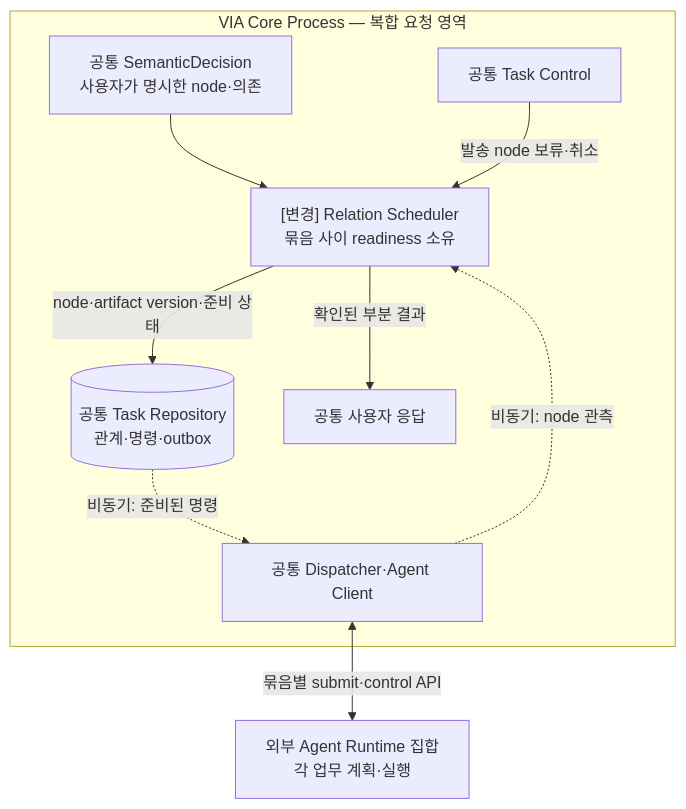
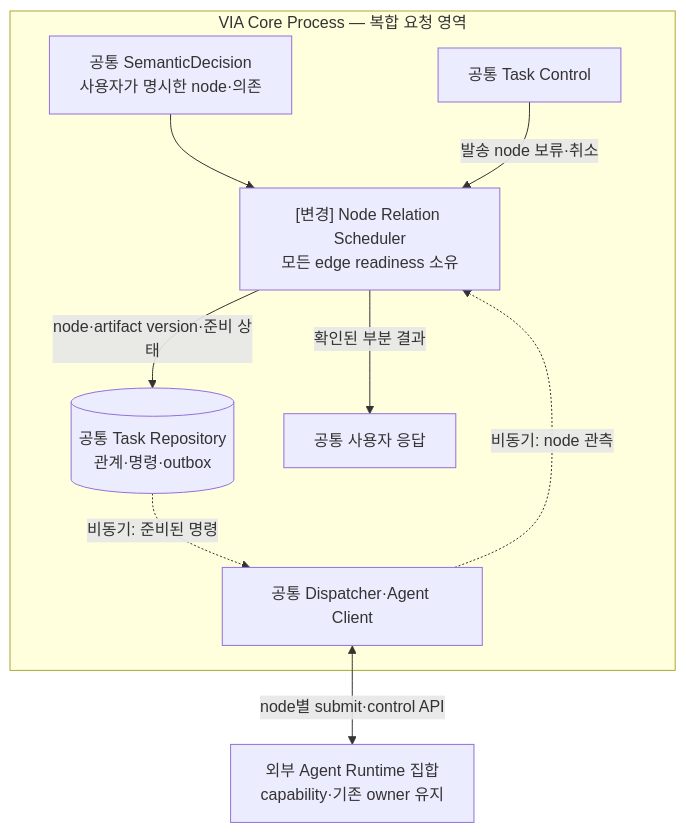
The second of 4 diagrams in docs/architecture/12-decisions/via-dp-07-compound-orchestration.md (cbyche/via-sw-architecture), drawn with Mermaid before and after one commit. The commit also changed other lines of this file and 16 other files, not shown here.

````diff
--- a/docs/architecture/12-decisions/via-dp-07-compound-orchestration.md
+++ b/docs/architecture/12-decisions/via-dp-07-compound-orchestration.md
@@ -53,12 +55,12 @@
 ```mermaid
 flowchart TB
  subgraph V["VIA Core Process — 복합 요청 영역"]
- R["공통 SemanticDecision<br/>사용자가 명시한 node·의존"] --> G["[변경] Relation Scheduler<br/>묶음 사이 readiness 소유"]
+ R["공통 SemanticDecision<br/>사용자가 명시한 node·의존"] --> G["[변경] Node Relation Scheduler<br/>모든 edge readiness 소유"]
  G -->|"node·artifact version·준비 상태"| DB[("공통 Task Repository<br/>관계·명령·outbox")]
  DB -.->|"비동기: 준비된 명령"| D["공통 Dispatcher·Agent Client"]
  D -.->|"비동기: node 관측"| G
  U["공통 Task Control"] -->|"발송 node 보류·취소"| G
  G -->|"확인된 부분 결과"| P["공통 사용자 응답"]
  end
- D <-->|"묶음별 submit·control API"| A["외부 Agent Runtime 집합<br/>각 업무 계획·실행"]
+ D <-->|"node별 submit·control API"| A["외부 Agent Runtime 집합<br/>capability·기존 owner 유지"]
 ```
````
